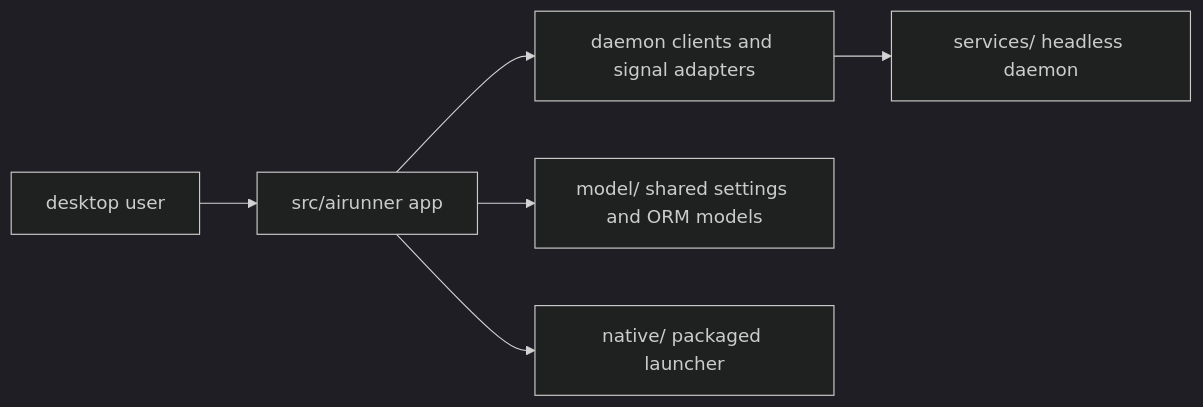
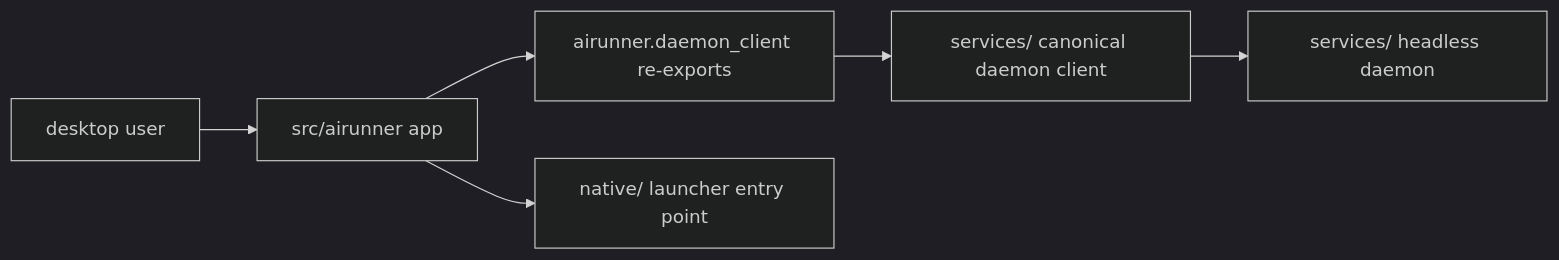
The diagram in src/README.md (Capsize-Games/airunner), drawn with Mermaid (dark theme) before and after one commit. The commit also changed other lines of this file and 10 other files, not shown here.

````diff
--- a/src/README.md
+++ b/src/README.md
@@ -8,8 +8,8 @@
 ```mermaid
 flowchart LR
     User[desktop user] --> GUI[src/airunner app]
-    GUI --> Bridge[daemon clients and signal adapters]
-    Bridge --> Daemon[services/ headless daemon]
-    GUI --> Models[model/ shared settings and ORM models]
-    GUI --> Launcher[native/ packaged launcher]
+    GUI --> Bridge[airunner.daemon_client re-exports]
+    Bridge --> DaemonClient[services/ canonical daemon client]
+    DaemonClient --> Daemon[services/ headless daemon]
+    GUI --> Launcher[native/ launcher entry point]
 ```
````
